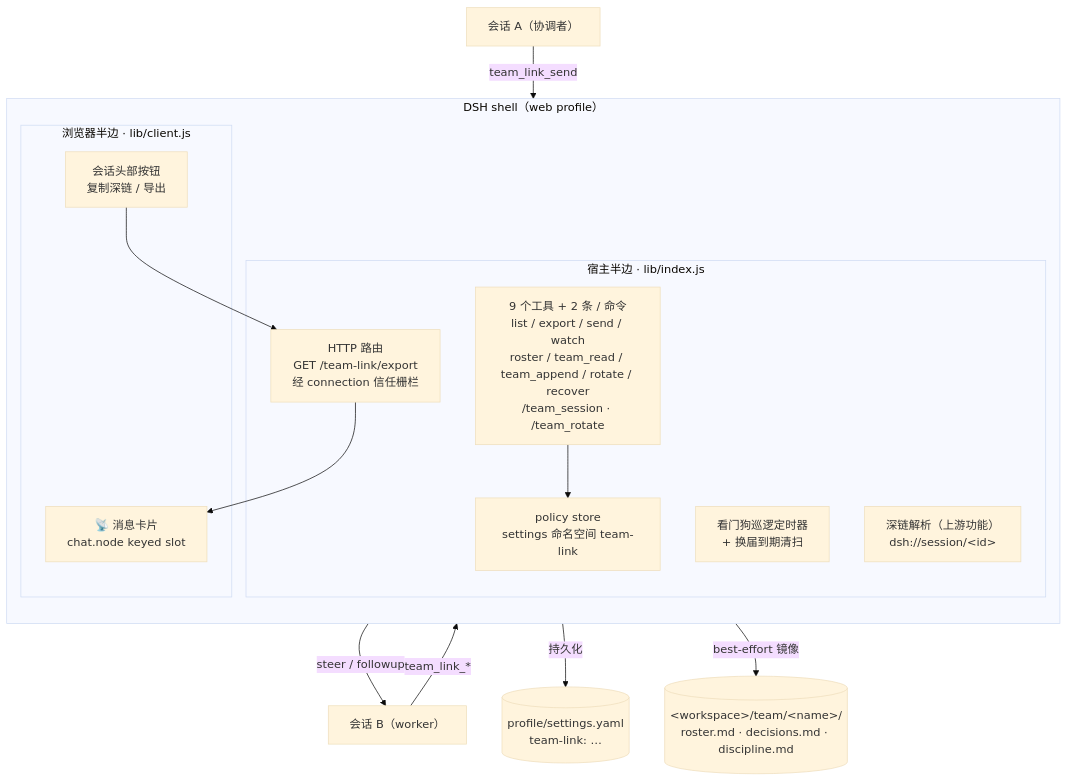
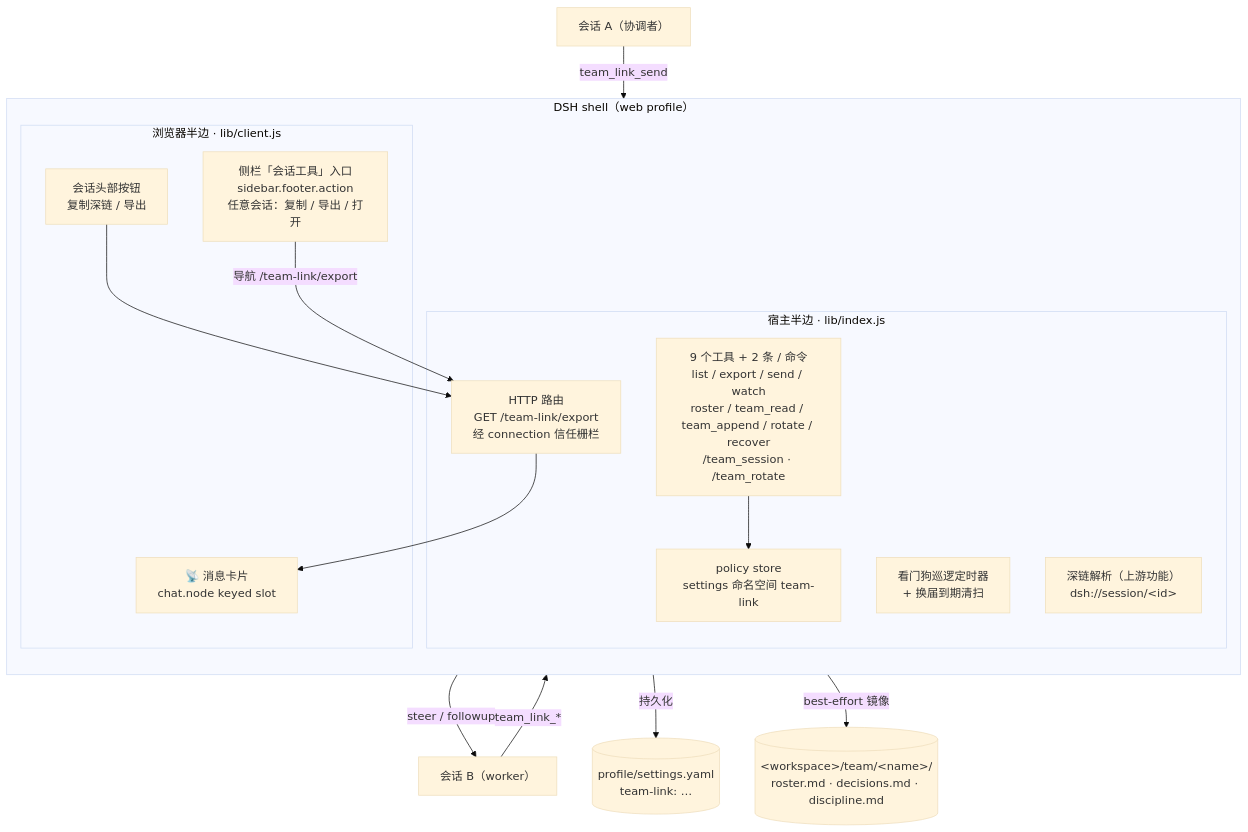
The first of 7 diagrams in README.md (shenhuanageshei/dsh-team-link), drawn with Mermaid (base theme) before and after one commit. The commit also changed other lines of this file and 11 other files, not shown here.

````diff
--- a/README.md
+++ b/README.md
@@ -78,25 +78,27 @@
 ```mermaid
 flowchart TB
     subgraph Shell["DSH shell（web profile）"]
         direction TB
         subgraph Host["宿主半边 · lib/index.js"]
             T["9 个工具 + 2 条 / 命令<br/>list / export / send / watch<br/>roster / team_read / team_append / rotate / recover<br/>/team_session · /team_rotate"]
             R["HTTP 路由<br/>GET /team-link/export<br/>经 connection 信任栅栏"]
             W["看门狗巡逻定时器<br/>+ 换届到期清扫"]
             DL["深链解析（上游功能）<br/>dsh://session/&lt;id&gt;"]
             ST["policy store<br/>settings 命名空间 team-link"]
         end
         subgraph Client["浏览器半边 · lib/client.js"]
             CARD["📡 消息卡片<br/>chat.node keyed slot"]
             BTN["会话头部按钮<br/>复制深链 / 导出"]
+            SLOT["侧栏「会话工具」入口<br/>sidebar.footer.action<br/>任意会话：复制 / 导出 / 打开"]
         end
     end
     S1["会话 A（协调者）"] -->|team_link_send| T
     S2["会话 B（worker）"] -->|team_link_*| T
     T -->|steer / followup| S2
     T --> ST
     ST -->|持久化| YAML[("profile/settings.yaml<br/>team-link: …")]
     T -->|best-effort 镜像| BB[("&lt;workspace&gt;/team/&lt;name&gt;/<br/>roster.md · decisions.md · discipline.md")]
     R --> CARD
     BTN --> R
+    SLOT -->|导航 /team-link/export| R
 ```
````
